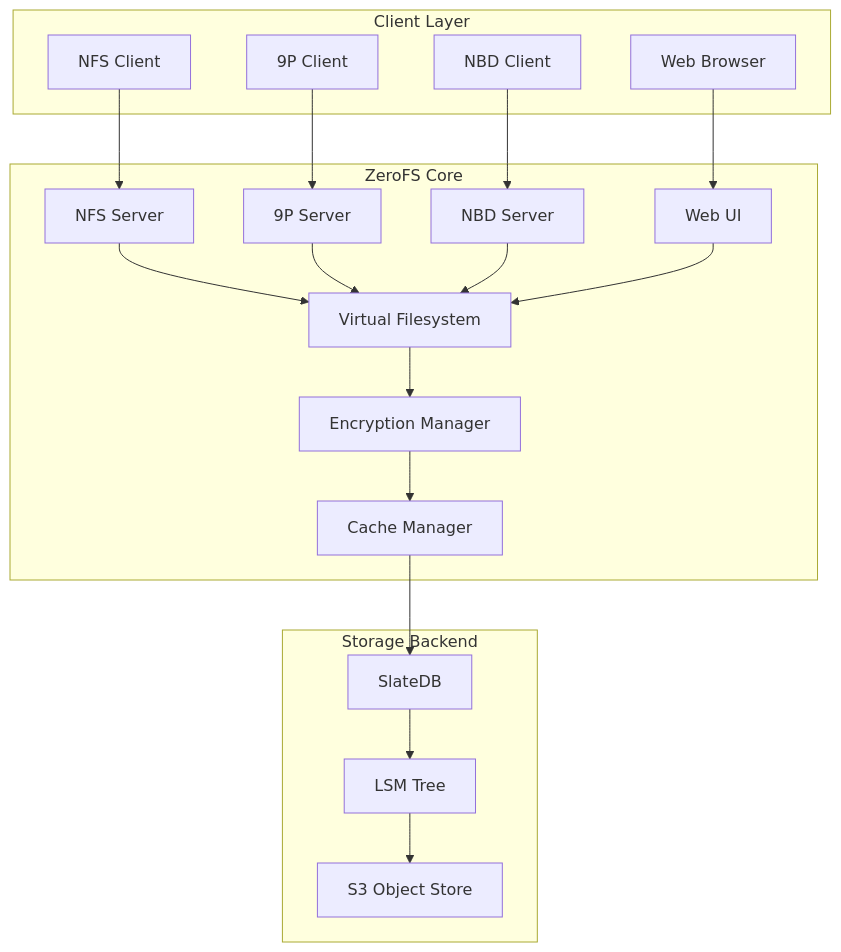
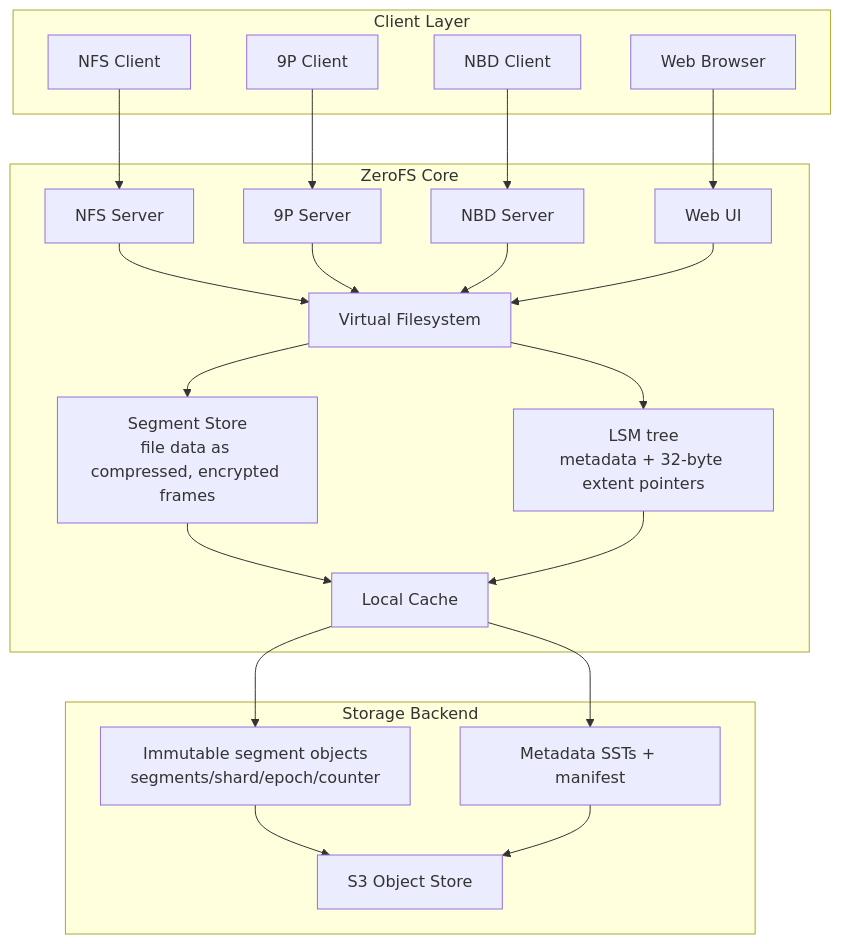
Before and after one commit to Barre/ZeroFS: the diagram in README.md, drawn with Mermaid. The commit also changed other lines of this file and 83 other files, not shown here.

````diff
--- a/README.md
+++ b/README.md
@@ -115,42 +115,46 @@
 ```mermaid
 
 graph TB
     subgraph "Client Layer"
         NFS[NFS Client]
         P9[9P Client]
         NBD[NBD Client]
         WEB[Web Browser]
     end
     
     subgraph "ZeroFS Core"
         NFSD[NFS Server]
         P9D[9P Server]
         NBDD[NBD Server]
         WEBUI[Web UI]
         VFS[Virtual Filesystem]
-        ENC[Encryption Manager]
-        CACHE[Cache Manager]
+        SEG[Segment Store<br/>file data as compressed, encrypted frames]
+        SLATE[LSM tree<br/>metadata + 32-byte extent pointers]
+        CACHE[Local Cache]
         
         NFSD --> VFS
         P9D --> VFS
         NBDD --> VFS
         WEBUI --> VFS
-        VFS --> ENC
-        ENC --> CACHE
+        VFS --> SEG
+        VFS --> SLATE
+        SEG --> CACHE
+        SLATE --> CACHE
     end
     
     subgraph "Storage Backend"
-        SLATE[SlateDB]
-        LSM[LSM Tree]
+        SEGOBJ[Immutable segment objects<br/>segments/shard/epoch/counter]
+        SSTS[Metadata SSTs + manifest]
         S3[S3 Object Store]
         
-        CACHE --> SLATE
-        SLATE --> LSM
-        LSM --> S3
+        CACHE --> SEGOBJ
+        CACHE --> SSTS
+        SEGOBJ --> S3
+        SSTS --> S3
     end
     
     NFS --> NFSD
     P9 --> P9D
     NBD --> NBDD
     WEB --> WEBUI
 ```
````
